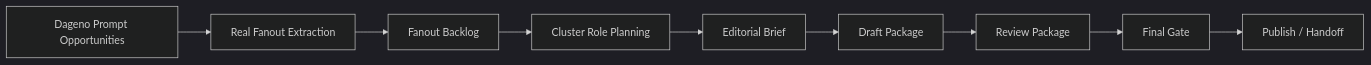
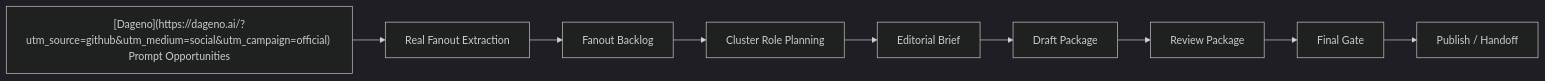
Before and after one commit to GEO-SEO/geo-content-writer: the first of 2 diagrams in README.md, drawn with Mermaid (dark theme). The commit also changed other lines of this file and 11 other files, not shown here.

Commit message:
Link Dageno mentions to official site for API key

````diff
--- a/README.md
+++ b/README.md
@@ -163,11 +163,11 @@
 ```mermaid
 flowchart LR
-    A["Dageno Prompt Opportunities"] --> B["Real Fanout Extraction"]
+    A["[Dageno](https://dageno.ai/?utm_source=github&utm_medium=social&utm_campaign=official) Prompt Opportunities"] --> B["Real Fanout Extraction"]
     B --> C["Fanout Backlog"]
     C --> D["Cluster Role Planning"]
     D --> E["Editorial Brief"]
     E --> F["Draft Package"]
     F --> G["Review Package"]
     G --> H["Final Gate"]
     H --> I["Publish / Handoff"]
 ```
````
